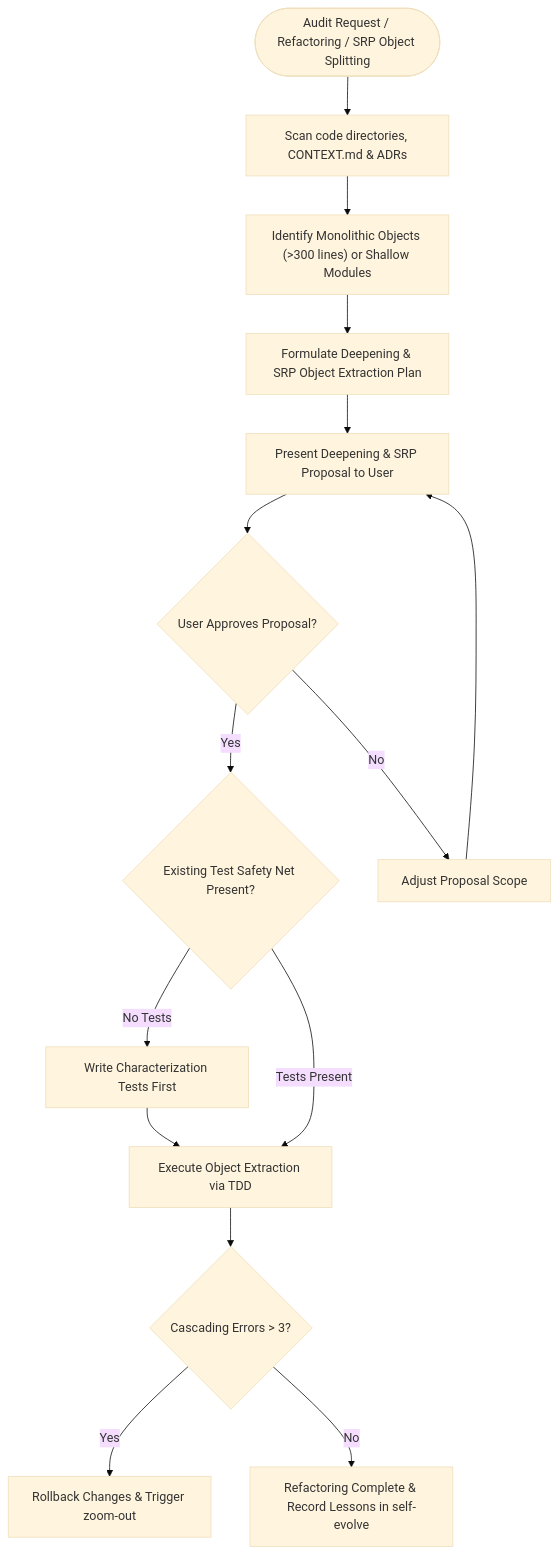
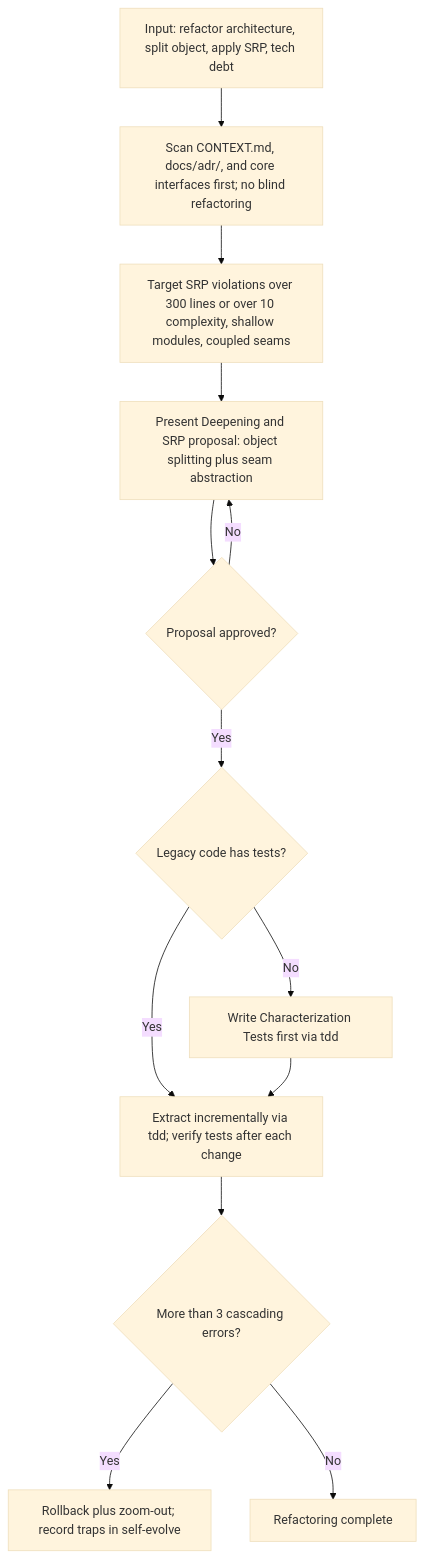
The first of 3 diagrams in docs/workflows/improve-codebase-architecture.md (dyphn1/Harness-everything), drawn with Mermaid (base theme) before and after one commit. The commit also changed other lines of this file and 16 other files, not shown here.

````diff
--- a/docs/workflows/improve-codebase-architecture.md
+++ b/docs/workflows/improve-codebase-architecture.md
@@ -11,18 +9,15 @@
 ```mermaid
 graph TD
-  Start([Audit Request / Refactoring / SRP Object Splitting]) --> ScanDirectories["Scan code directories, CONTEXT.md & ADRs"]
-  ScanDirectories --> IdentifyTarget["Identify Monolithic Objects (>300 lines) or Shallow Modules"]
-  IdentifyTarget --> FormulatePlan["Formulate Deepening & SRP Object Extraction Plan"]
-  FormulatePlan --> Propose["Present Deepening & SRP Proposal to User"]
-  Propose --> UserApproved{"User Approves Proposal?"}
-  
-  UserApproved -->|Yes| CheckTests{"Existing Test Safety Net Present?"}
-  UserApproved -->|No| AdjustPlan["Adjust Proposal Scope"] --> Propose
-  
-  CheckTests -->|No Tests| WriteCharTests["Write Characterization Tests First"] --> ExecuteTDD
-  CheckTests -->|Tests Present| ExecuteTDD["Execute Object Extraction via TDD"]
-  
-  ExecuteTDD --> CheckErrors{"Cascading Errors > 3?"}
-  CheckErrors -->|Yes| Rollback["Rollback Changes & Trigger zoom-out"]
-  CheckErrors -->|No| Complete["Refactoring Complete & Record Lessons in self-evolve"]
+  RefactorAsk["Input: refactor architecture, split object, apply SRP, tech debt"] --> DiscoverScan["Scan CONTEXT.md, docs/adr/, and core interfaces first; no blind refactoring"]
+  DiscoverScan --> FindTargets["Target SRP violations over 300 lines or over 10 complexity, shallow modules, coupled seams"]
+  FindTargets --> Proposal["Present Deepening and SRP proposal: object splitting plus seam abstraction"]
+  Proposal --> Approved{"Proposal approved?"}
+  Approved -->|No| Proposal
+  Approved -->|Yes| SafetyNet{"Legacy code has tests?"}
+  SafetyNet -->|No| CharTests["Write Characterization Tests first via tdd"]
+  SafetyNet -->|Yes| Extract["Extract incrementally via tdd; verify tests after each change"]
+  CharTests --> Extract
+  Extract --> ErrorCheck{"More than 3 cascading errors?"}
+  ErrorCheck -->|Yes| Rollback["Rollback plus zoom-out; record traps in self-evolve"]
+  ErrorCheck -->|No| DoneState["Refactoring complete"]
 ```
````
